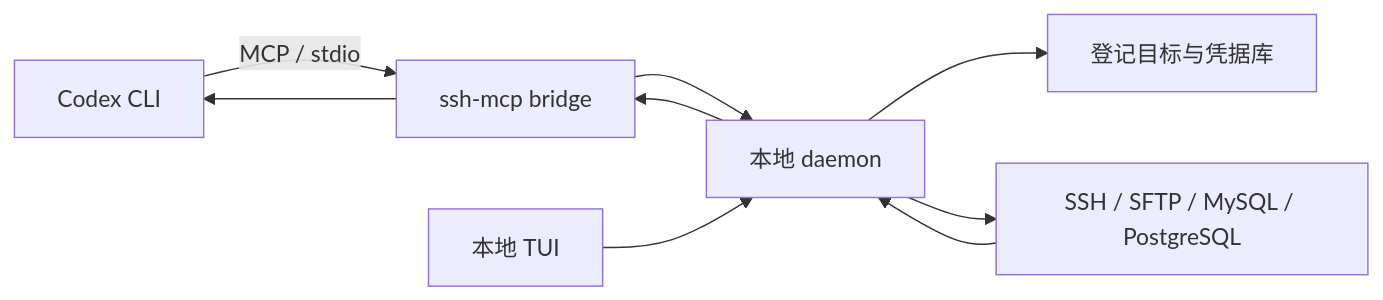
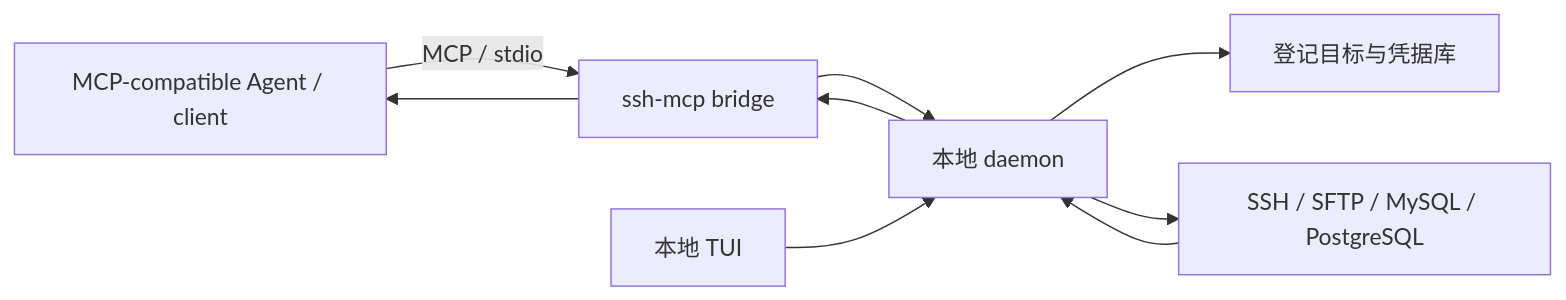
One commit to lswzw/ssh-mcp changed the diagram in README.md. Above: the diagram before and after it, drawn with Mermaid. The commit also changed other lines of this file and 10 other files, not shown here.

Commit message:
docs: broaden MCP client support

````diff
--- a/README.md
+++ b/README.md
@@ -31,9 +31,9 @@
 ```mermaid
 flowchart LR
-    C["Codex CLI"] -->|MCP / stdio| B["ssh-mcp bridge"]
+    C["MCP-compatible Agent / client"] -->|MCP / stdio| B["ssh-mcp bridge"]
     B --> D["本地 daemon"]
     U["本地 TUI"] --> D
     D --> S["登记目标与凭据库"]
     D --> R["SSH / SFTP / MySQL / PostgreSQL"]
     R --> D --> B --> C
 ```
````
